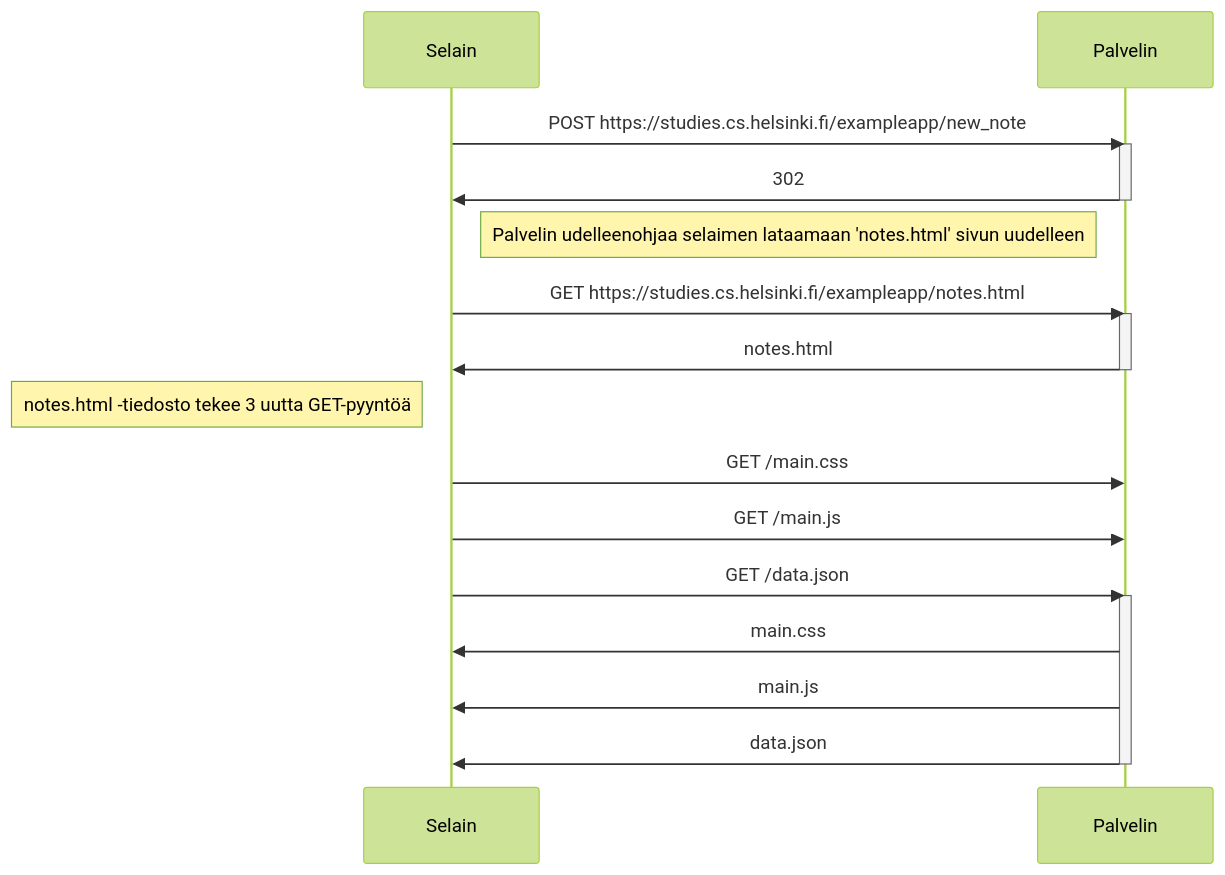
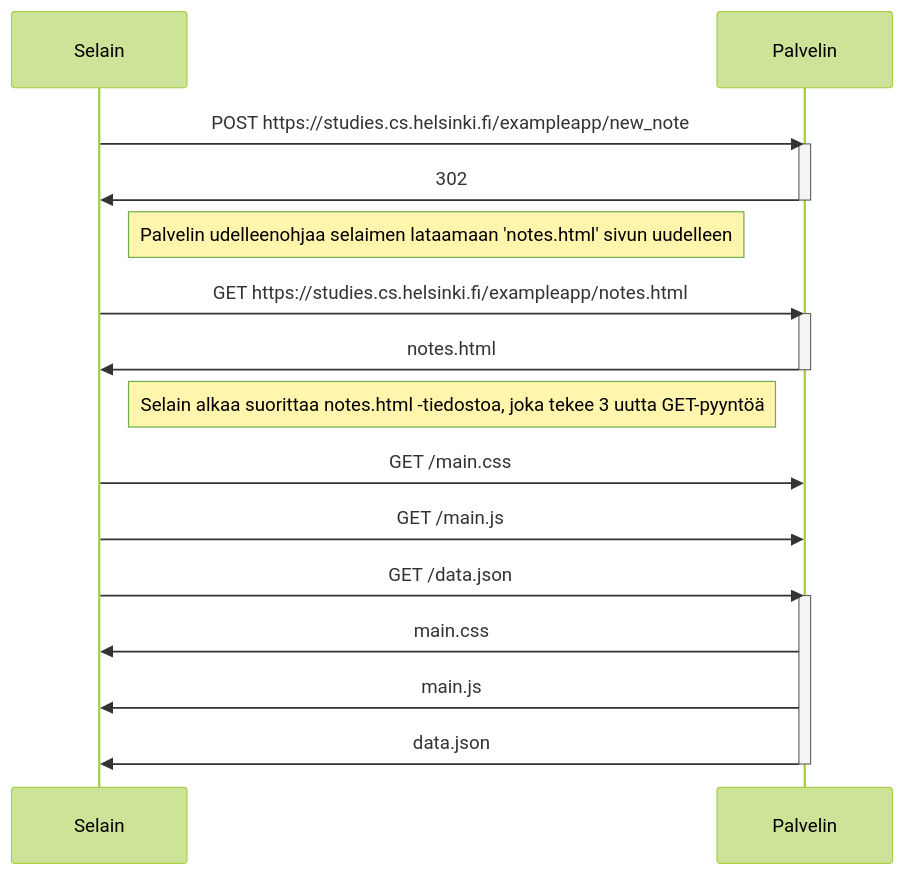
One commit to PasiParviainen/Fullstackosa0 changed the second of 2 diagrams in 0.4.md. Above: the diagram before and after it, drawn with Mermaid (forest theme). The commit also changed other lines of this file, not shown here.

````diff
--- a/0.4.md
+++ b/0.4.md
@@ -41,28 +30,28 @@
 ```mermaid
 sequenceDiagram
   participant Selain
   participant Palvelin
 
   Selain->>Palvelin: POST https://studies.cs.helsinki.fi/exampleapp/new_note
   activate Palvelin
   Palvelin->>Selain: 302
   deactivate Palvelin
 
   Note right of Selain: Palvelin udelleenohjaa selaimen lataamaan 'notes.html' sivun uudelleen
 
   Selain->>Palvelin: GET https://studies.cs.helsinki.fi/exampleapp/notes.html
   activate Palvelin
   Palvelin->>Selain: notes.html
   deactivate Palvelin
 
-  Note left of Selain: notes.html -tiedosto tekee 3 uutta GET-pyyntöä
+  Note right of Selain: Selain alkaa suorittaa notes.html -tiedostoa, joka tekee 3 uutta GET-pyyntöä
 
   Selain->>Palvelin: GET /main.css
   Selain->>Palvelin: GET /main.js
   Selain->>Palvelin: GET /data.json
   activate Palvelin
   Palvelin->>Selain: main.css
   Palvelin->>Selain: main.js
   Palvelin->>Selain: data.json
   deactivate Palvelin
 ```
````
